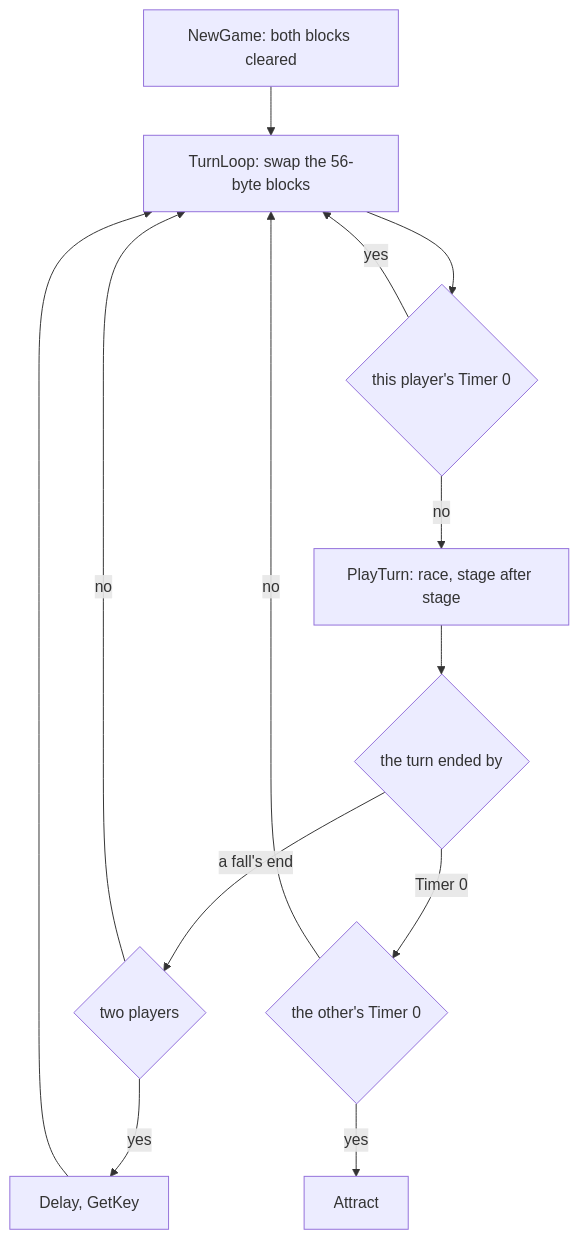
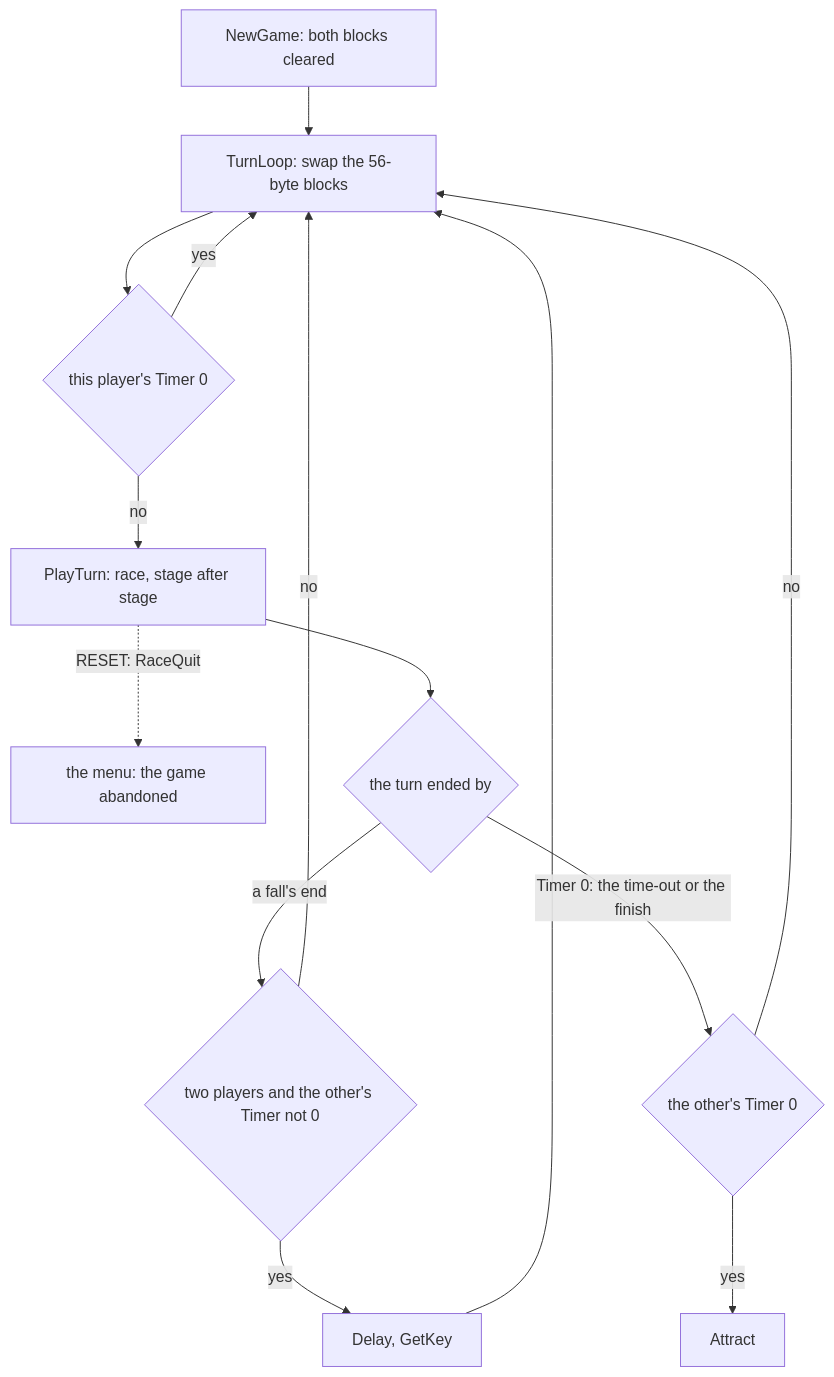
The fourth of 4 diagrams in games/enduro-racer/docs/05-controls.md (alfishe/unrealng-reverse-cases), drawn with Mermaid before and after one commit. The commit also changed other lines of this file and 24 other files, not shown here.

````diff
--- a/games/enduro-racer/docs/05-controls.md
+++ b/games/enduro-racer/docs/05-controls.md
@@ -763,15 +764,16 @@
 ```mermaid
 flowchart TD
     A["NewGame: both blocks cleared"] --> B["TurnLoop: swap the 56-byte blocks"]
     B --> C{"this player's Timer 0"}
     C -->|yes| B
     C -->|no| D["PlayTurn: race, stage after stage"]
+    D -.->|"RESET: RaceQuit"| M["the menu: the game abandoned"]
     D --> E{"the turn ended by"}
-    E -->|"a fall's end"| F{"two players"}
+    E -->|"a fall's end"| F{"two players and the other's Timer not 0"}
     F -->|yes| G["Delay, GetKey"]
     G --> B
     F -->|no| B
-    E -->|"Timer 0"| H{"the other's Timer 0"}
+    E -->|"Timer 0: the time-out or the finish"| H{"the other's Timer 0"}
     H -->|yes| I["Attract"]
     H -->|no| B
 ```
````
